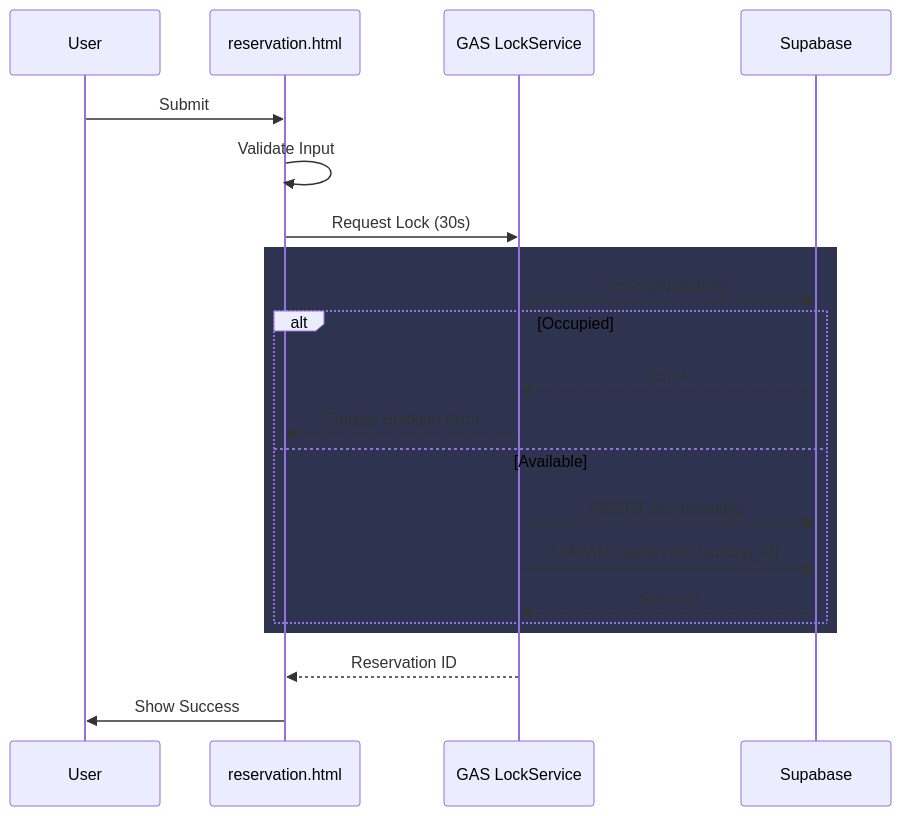
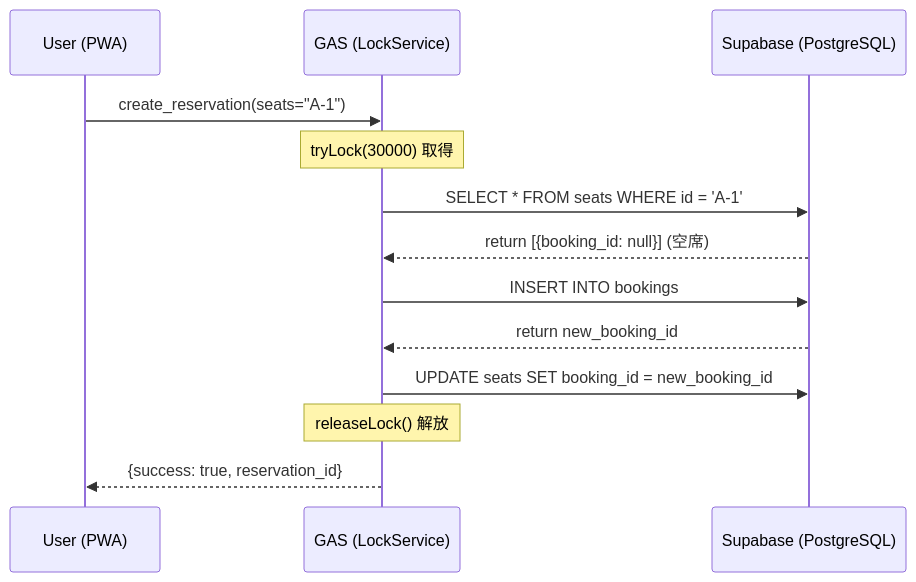
One commit to J105588/tickets-new changed the second of 6 diagrams in README.md. Above: the diagram before and after it, drawn with Mermaid. The commit also changed other lines of this file, not shown here.

````diff
--- a/README.md
+++ b/README.md
@@ -568,26 +238,18 @@
 ```mermaid
 sequenceDiagram
-    participant User
-    participant Page as reservation.html
-    participant Lock as GAS LockService
-    participant DB as Supabase
+    participant User as User (PWA)
+    participant GAS as GAS (LockService)
+    participant DB as Supabase (PostgreSQL)
+
+    User->>GAS: create_reservation(seats="A-1")
+    note over GAS: tryLock(30000) 取得
+    GAS->>DB: SELECT * FROM seats WHERE id = 'A-1'
+    DB-->>GAS: return [{booking_id: null}] (空席)
     
-    User->>Page: Submit
-    Page->>Page: Validate Input
-    Page->>Lock: Request Lock (30s)
+    GAS->>DB: INSERT INTO bookings
+    DB-->>GAS: return new_booking_id
     
-    rect rgba(46, 52, 79, 1)
-    Lock->>DB: Check Availability
-    alt Occupied
-        DB-->>Lock: Error
-        Lock-->>Page: "Double Booking Error"
-    else Available
-        Lock->>DB: INSERT into bookings
-        Lock->>DB: UPDATE seats (link booking_id)
-        DB-->>Lock: Success
-    end
-    end
-    
-    Lock-->>Page: Reservation ID
-    Page->>User: Show Success
+    GAS->>DB: UPDATE seats SET booking_id = new_booking_id
+    note over GAS: releaseLock() 解放
+    GAS-->>User: {success: true, reservation_id}
 ```
````
